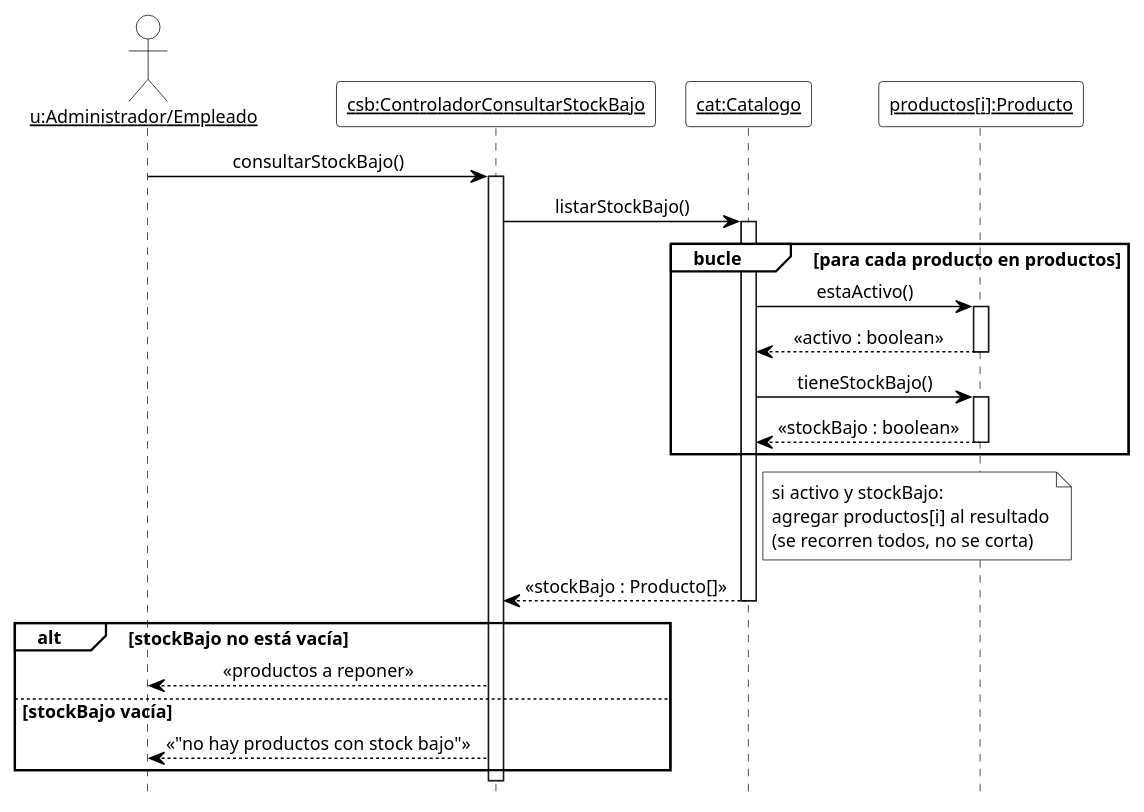
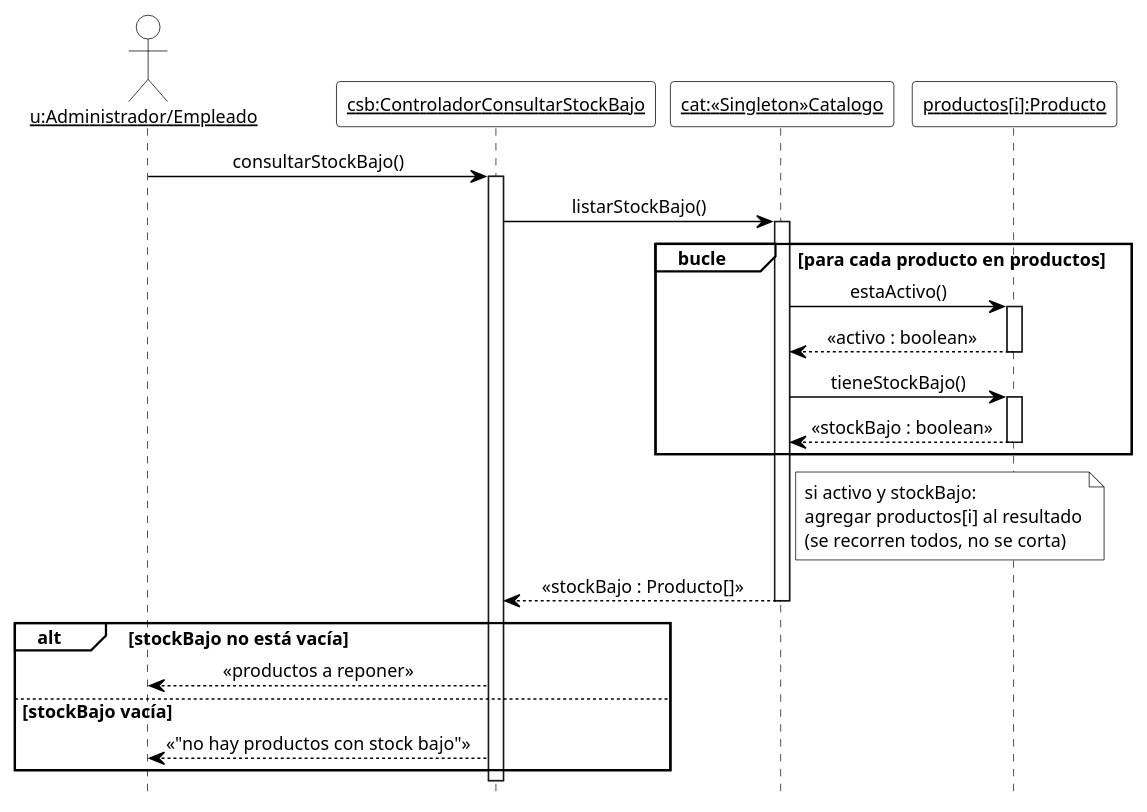
One commit to cirotop/Stock-Project changed diagram 16 of 17 in 08-Diagrama De Secuencia/Diagramas_de_Secuencia.md. Above: the diagram before and after it, drawn with PlantUML. The commit also changed other lines of this file and 36 other files, not shown here.

````diff
--- a/08-Diagrama De Secuencia/Diagramas_de_Secuencia.md
+++ b/08-Diagrama De Secuencia/Diagramas_de_Secuencia.md
@@ -961,50 +1130,52 @@
 ```plantuml
 @startuml DSD_CU-08_consultarStockBajo
 ' Diagrama de Secuencia de Diseño (DSD) - CU-08 Consultar productos con stock bajo - consultarStockBajo
 ' Estilo de los ejemplos de la teoría (introducirArticulo / crearNuevaVenta).
 hide footbox
 skinparam shadowing false
 skinparam defaultFontName Arial
 skinparam defaultFontSize 12
 skinparam sequenceMessageAlign center
 skinparam ArrowColor black
 skinparam ParticipantBackgroundColor white
 skinparam ParticipantBorderColor black
+skinparam CollectionsBackgroundColor white
+skinparam CollectionsBorderColor black
 skinparam ActorBackgroundColor white
 skinparam ActorBorderColor black
 skinparam LifeLineBorderColor black
 skinparam LifeLineBackgroundColor white
 skinparam SequenceGroupBackgroundColor white
 skinparam SequenceGroupBorderColor black
 skinparam SequenceGroupHeaderFontColor black
 skinparam NoteBackgroundColor white
 skinparam NoteBorderColor black
 
 actor "<u>u:Administrador/Empleado</u>" as u
 participant "<u>csb:ControladorConsultarStockBajo</u>" as csb
-participant "<u>cat:Catalogo</u>" as cat
+participant "<u>cat:«Singleton»Catalogo</u>" as cat
 participant "<u>productos[i]:Producto</u>" as pi
 
 u -> csb ++ : consultarStockBajo()
 csb -> cat ++ : listarStockBajo()
 group bucle [para cada producto en productos]
   cat -> pi ++ : estaActivo()
   pi --> cat -- : «activo : boolean»
   cat -> pi ++ : tieneStockBajo()
   pi --> cat -- : «stockBajo : boolean»
 end
 note right of cat
   si activo y stockBajo:
   agregar productos[i] al resultado
   (se recorren todos, no se corta)
 end note
 cat --> csb -- : «stockBajo : Producto[]»
 alt stockBajo no está vacía
   csb --> u : «productos a reponer»
 else stockBajo vacía
   csb --> u : «"no hay productos con stock bajo"»
 end
 deactivate csb
 
 @enduml
 ```
````
